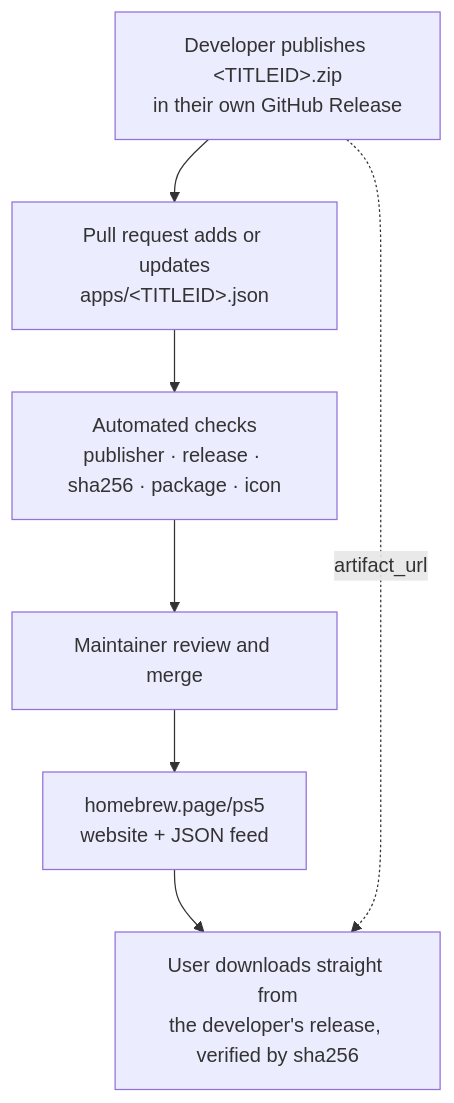
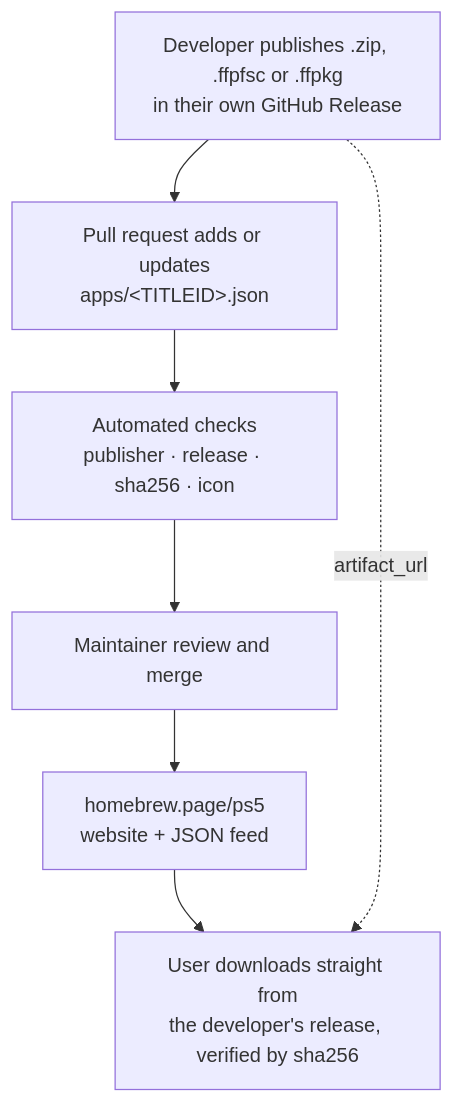
One commit to GordonProsperoMan/ps5-homebrew-catalog changed the diagram in README.md. Above: the diagram before and after it, drawn with Mermaid. The commit also changed other lines of this file and 15 other files, not shown here.

Commit message:
Accept zip, ffpfsc and ffpkg artifacts verified by sha256 only

````diff
--- a/README.md
+++ b/README.md
@@ -15,12 +15,12 @@
 ```mermaid
 flowchart TB
-    dev["Developer publishes &lt;TITLEID&gt;.zip<br/>in their own GitHub Release"]
+    dev["Developer publishes .zip, .ffpfsc or .ffpkg<br/>in their own GitHub Release"]
     pr["Pull request adds or updates<br/>apps/&lt;TITLEID&gt;.json"]
-    checks["Automated checks<br/>publisher · release · sha256 · package · icon"]
+    checks["Automated checks<br/>publisher · release · sha256 · icon"]
     review["Maintainer review and merge"]
     site["homebrew.page/ps5<br/>website + JSON feed"]
     user["User downloads straight from<br/>the developer's release, verified by sha256"]
 
     dev --> pr --> checks --> review --> site --> user
     dev -. artifact_url .-> user
 ```
````
